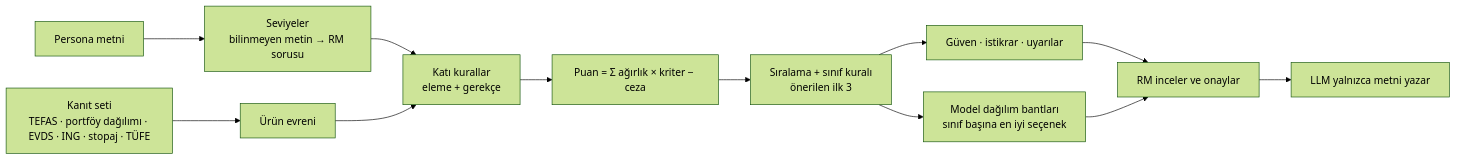
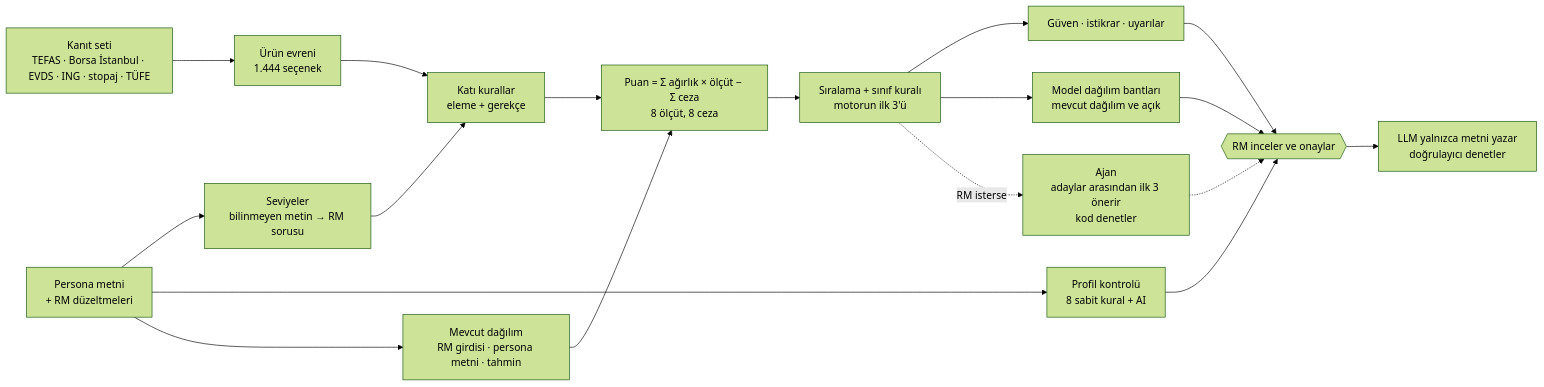
Before and after one commit to ArdahanDogru/ing-hackathon-rm-prep: the diagram in docs/teslim/03-analitik-cozum.md, drawn with Mermaid (forest theme). The commit also changed other lines of this file and 12 other files, not shown here.

````diff
--- a/docs/teslim/03-analitik-cozum.md
+++ b/docs/teslim/03-analitik-cozum.md
@@ -20,14 +33,20 @@
 ```mermaid
 flowchart LR
-  P[Persona metni] --> L[Seviyeler<br/>bilinmeyen metin → RM sorusu]
-  E[Kanıt seti<br/>TEFAS · portföy dağılımı · EVDS · ING · stopaj · TÜFE] --> U[Ürün evreni]
-  L --> H[Katı kurallar<br/>eleme + gerekçe]
+  P["Persona metni<br/>+ RM düzeltmeleri"] --> L["Seviyeler<br/>bilinmeyen metin → RM sorusu"]
+  P --> PC["Profil kontrolü<br/>8 sabit kural + AI"]
+  P --> HS["Mevcut dağılım<br/>RM girdisi · persona metni · tahmin"]
+  E["Kanıt seti<br/>TEFAS · Borsa İstanbul · EVDS · ING · stopaj · TÜFE"] --> U["Ürün evreni<br/>1.444 seçenek"]
+  L --> H["Katı kurallar<br/>eleme + gerekçe"]
   U --> H
-  H --> S[Puan = Σ ağırlık × kriter − ceza]
-  S --> R[Sıralama + sınıf kuralı<br/>önerilen ilk 3]
-  R --> C[Güven · istikrar · uyarılar]
-  R --> A[Model dağılım bantları<br/>sınıf başına en iyi seçenek]
-  C --> RM[RM inceler ve onaylar]
+  H --> S["Puan = Σ ağırlık × ölçüt − Σ ceza<br/>8 ölçüt, 8 ceza"]
+  HS --> S
+  S --> R["Sıralama + sınıf kuralı<br/>motorun ilk 3'ü"]
+  R --> C["Güven · istikrar · uyarılar"]
+  R --> A["Model dağılım bantları<br/>mevcut dağılım ve açık"]
+  R -. "RM isterse" .-> AG["Ajan<br/>adaylar arasından ilk 3 önerir<br/>kod denetler"]
+  C --> RM{{"RM inceler ve onaylar"}}
   A --> RM
-  RM --> N[LLM yalnızca metni yazar]
+  PC --> RM
+  AG -.-> RM
+  RM --> N["LLM yalnızca metni yazar<br/>doğrulayıcı denetler"]
 ```
````
